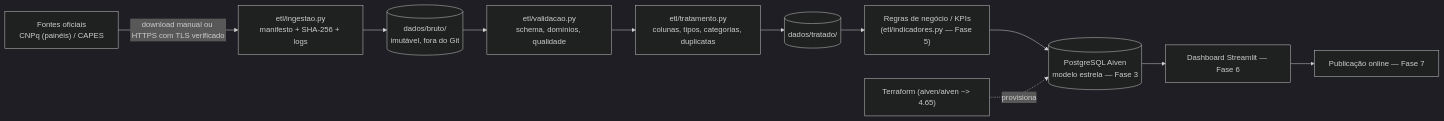
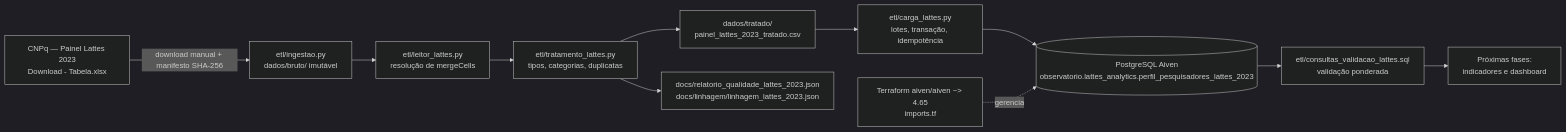
One commit to yurifr0807/projeto-big-data changed the diagram in docs/arquitetura.md. Above: the diagram before and after it, drawn with Mermaid (dark theme). The commit also changed other lines of this file and 26 other files, not shown here.

Commit message:
docs: finaliza fase 2 com reproducao modelagem e evidencias

````diff
--- a/docs/arquitetura.md
+++ b/docs/arquitetura.md
@@ -3,13 +5,13 @@
 ```mermaid
 flowchart LR
-    A["Fontes oficiais<br/>CNPq (painéis) / CAPES"] -->|"download manual ou HTTPS com TLS verificado"| B["etl/ingestao.py<br/>manifesto + SHA-256 + logs"]
-    B --> C[("dados/bruto/<br/>imutável, fora do Git")]
-    C --> D["etl/validacao.py<br/>schema, domínios, qualidade"]
-    D --> E["etl/tratamento.py<br/>colunas, tipos, categorias, duplicatas"]
-    E --> F[("dados/tratado/")]
-    F --> G["Regras de negócio / KPIs<br/>(etl/indicadores.py — Fase 5)"]
-    G --> H[("PostgreSQL Aiven<br/>modelo estrela — Fase 3")]
-    H --> I["Dashboard Streamlit — Fase 6"]
-    I --> J["Publicação online — Fase 7"]
-    T["Terraform (aiven/aiven ~> 4.65)"] -.provisiona.-> H
+    A["CNPq — Painel Lattes 2023<br/>Download - Tabela.xlsx"] -->|"download manual + manifesto SHA-256"| B["etl/ingestao.py<br/>dados/bruto/ imutável"]
+    B --> C["etl/leitor_lattes.py<br/>resolução de mergeCells"]
+    C --> D["etl/tratamento_lattes.py<br/>tipos, categorias, duplicatas"]
+    D --> E["dados/tratado/<br/>painel_lattes_2023_tratado.csv"]
+    D --> F["docs/relatorio_qualidade_lattes_2023.json<br/>docs/linhagem/linhagem_lattes_2023.json"]
+    E --> G["etl/carga_lattes.py<br/>lotes, transação, idempotência"]
+    G --> H[("PostgreSQL Aiven<br/>observatorio.lattes_analytics.perfil_pesquisadores_lattes_2023")]
+    H --> I["etl/consultas_validacao_lattes.sql<br/>validação ponderada"]
+    I --> J["Próximas fases:<br/>indicadores e dashboard"]
+    T["Terraform aiven/aiven ~> 4.65<br/>imports.tf"] -.gerencia.-> H
 ```
````
